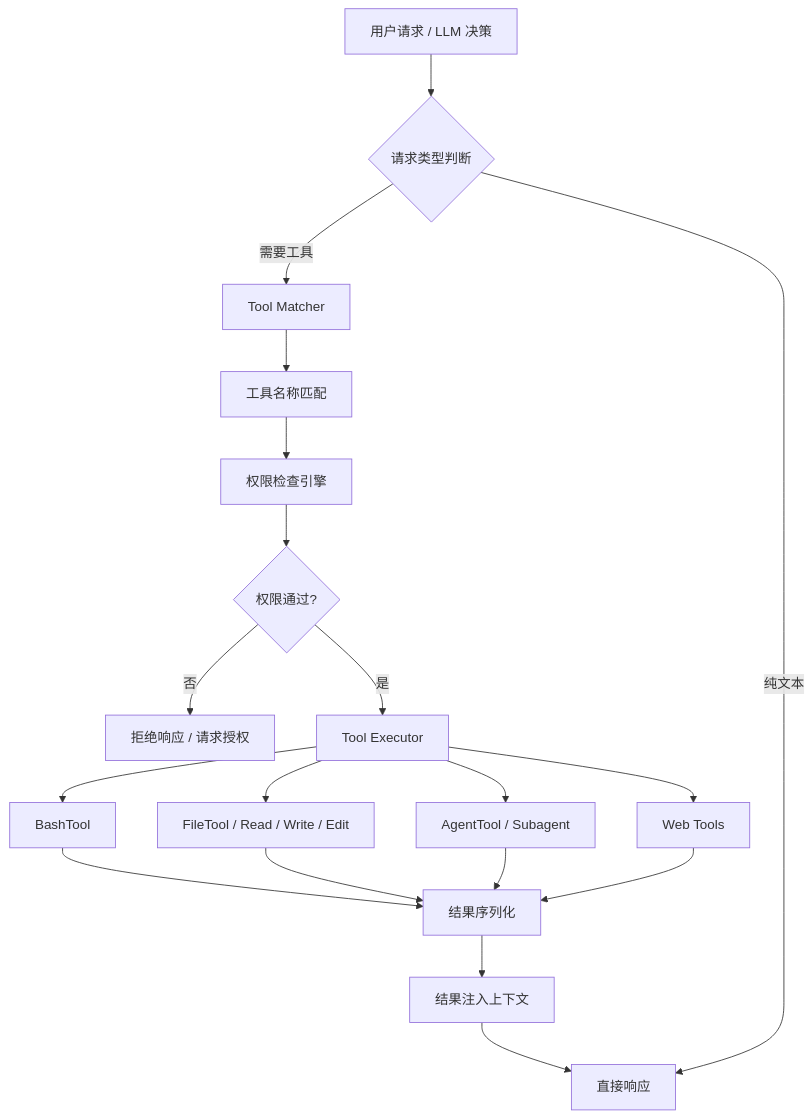
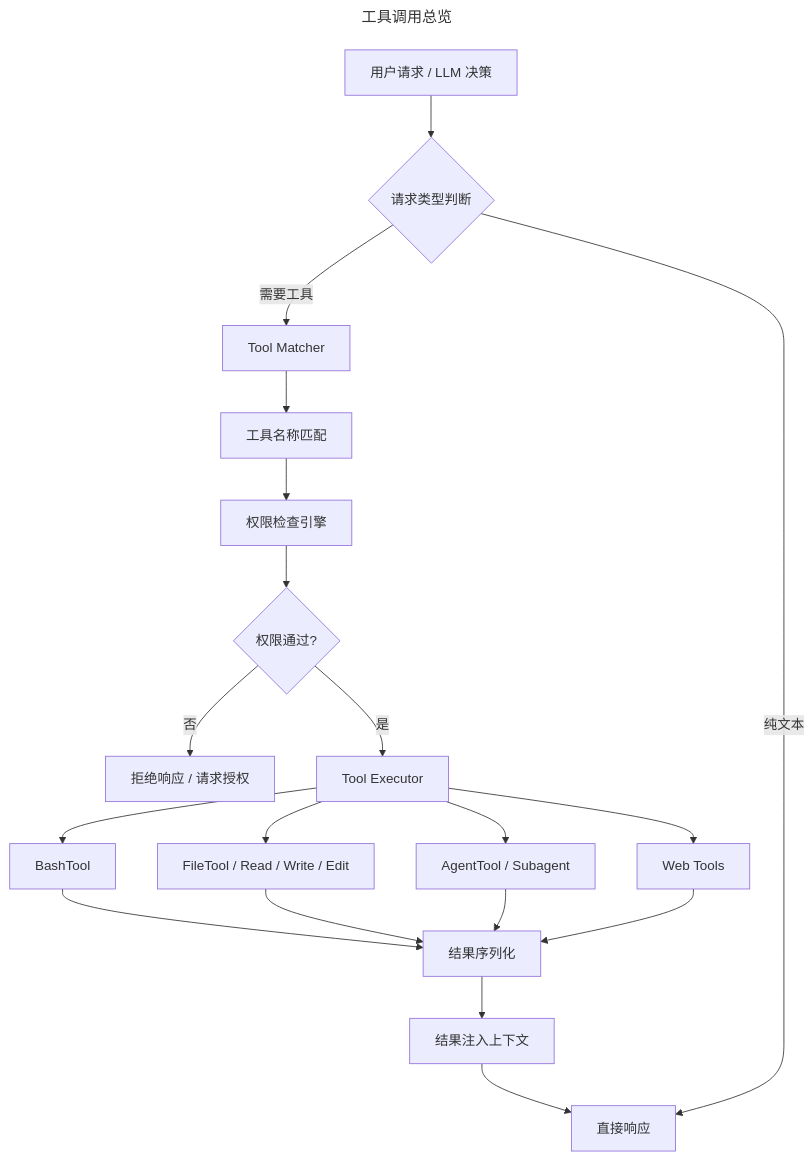
One commit to Taotie2002/claude-code-deep-dive changed the fourth of 15 diagrams in docs/06-data-flow.md. Above: the diagram before and after it, drawn with Mermaid. The commit also changed other lines of this file and 12 other files, not shown here.

````diff
--- a/docs/06-data-flow.md
+++ b/docs/06-data-flow.md
@@ -74,21 +83,24 @@
 ```mermaid
+---
+title: 工具调用总览
+---
 flowchart TD
     A[用户请求 / LLM 决策] --> B{请求类型判断}
     B -->|需要工具| C[Tool Matcher]
     B -->|纯文本| Z[直接响应]
 
     C --> D[工具名称匹配]
     D --> E[权限检查引擎]
     E --> F{权限通过?}
     F -->|否| G[拒绝响应 / 请求授权]
     F -->|是| H[Tool Executor]
 
     H --> I[BashTool]
     H --> J[FileTool / Read / Write / Edit]
     H --> K[AgentTool / Subagent]
     H --> L[Web Tools]
 
     I & J & K & L --> M[结果序列化]
     M --> N[结果注入上下文]
     N --> Z
 ```
````
